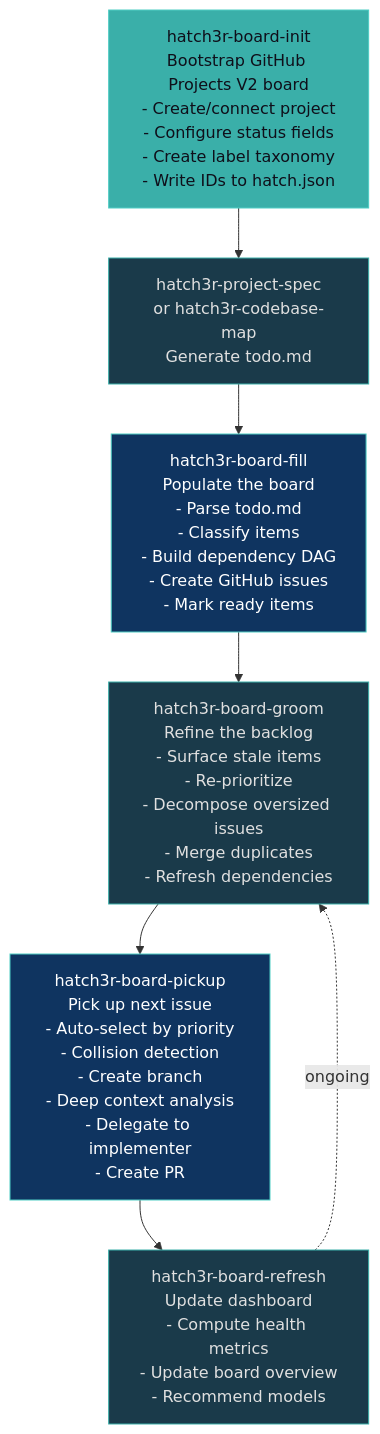
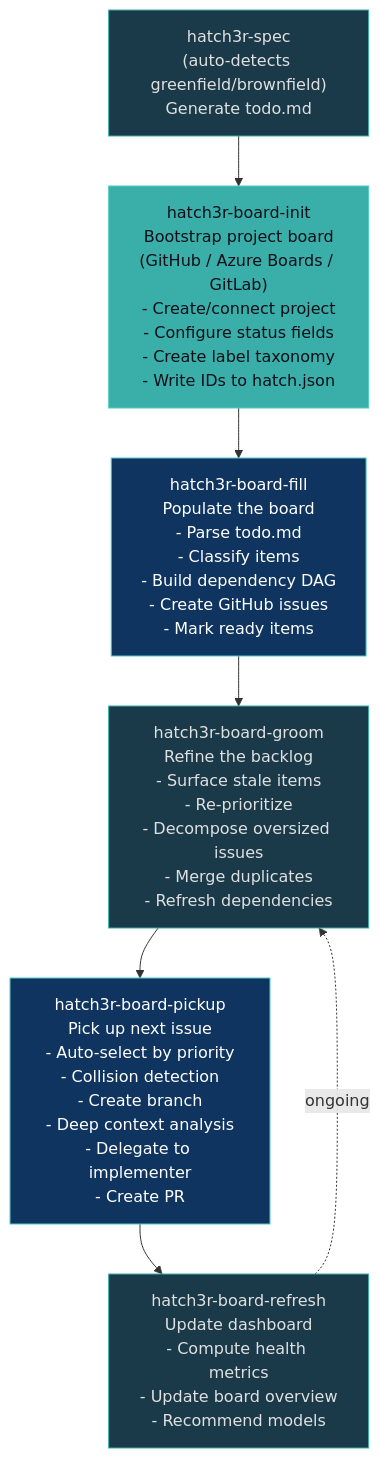
Before and after one commit to hatch3r/hatch3r: the third of 5 diagrams in website/docs/guides/agentic-process.md, drawn with Mermaid. The commit also changed 566 other files, not shown here.

````diff
--- a/website/docs/guides/agentic-process.md
+++ b/website/docs/guides/agentic-process.md
@@ -73,25 +73,25 @@
 ```mermaid
 flowchart TB
     classDef default fill:#1a3a4a,stroke:#3aafa9,color:#e0e0e0
     classDef accent fill:#0f3460,stroke:#4ecdc4,color:#fff
     classDef highlight fill:#3aafa9,stroke:#4ecdc4,color:#0f0f1a
 
-    init["hatch3r-board-init\nBootstrap GitHub Projects V2 board\n- Create/connect project\n- Configure status fields\n- Create label taxonomy\n- Write IDs to hatch.json"]:::highlight
+    init["hatch3r-board-init\nBootstrap project board\n(GitHub / Azure Boards / GitLab)\n- Create/connect project\n- Configure status fields\n- Create label taxonomy\n- Write IDs to hatch.json"]:::highlight
 
-    spec["hatch3r-project-spec\nor hatch3r-codebase-map\nGenerate todo.md"]
+    spec["hatch3r-spec\n(auto-detects greenfield/brownfield)\nGenerate todo.md"]
 
     fill["hatch3r-board-fill\nPopulate the board\n- Parse todo.md\n- Classify items\n- Build dependency DAG\n- Create GitHub issues\n- Mark ready items"]:::accent
 
     groom["hatch3r-board-groom\nRefine the backlog\n- Surface stale items\n- Re-prioritize\n- Decompose oversized issues\n- Merge duplicates\n- Refresh dependencies"]
 
     pickup["hatch3r-board-pickup\nPick up next issue\n- Auto-select by priority\n- Collision detection\n- Create branch\n- Deep context analysis\n- Delegate to implementer\n- Create PR"]:::accent
 
     refresh["hatch3r-board-refresh\nUpdate dashboard\n- Compute health metrics\n- Update board overview\n- Recommend models"]
 
-    init --> spec
-    spec --> fill
+    spec --> init
+    init --> fill
     fill --> groom
     groom --> pickup
     pickup --> refresh
     refresh -.->|"ongoing"| groom
 ```
````
